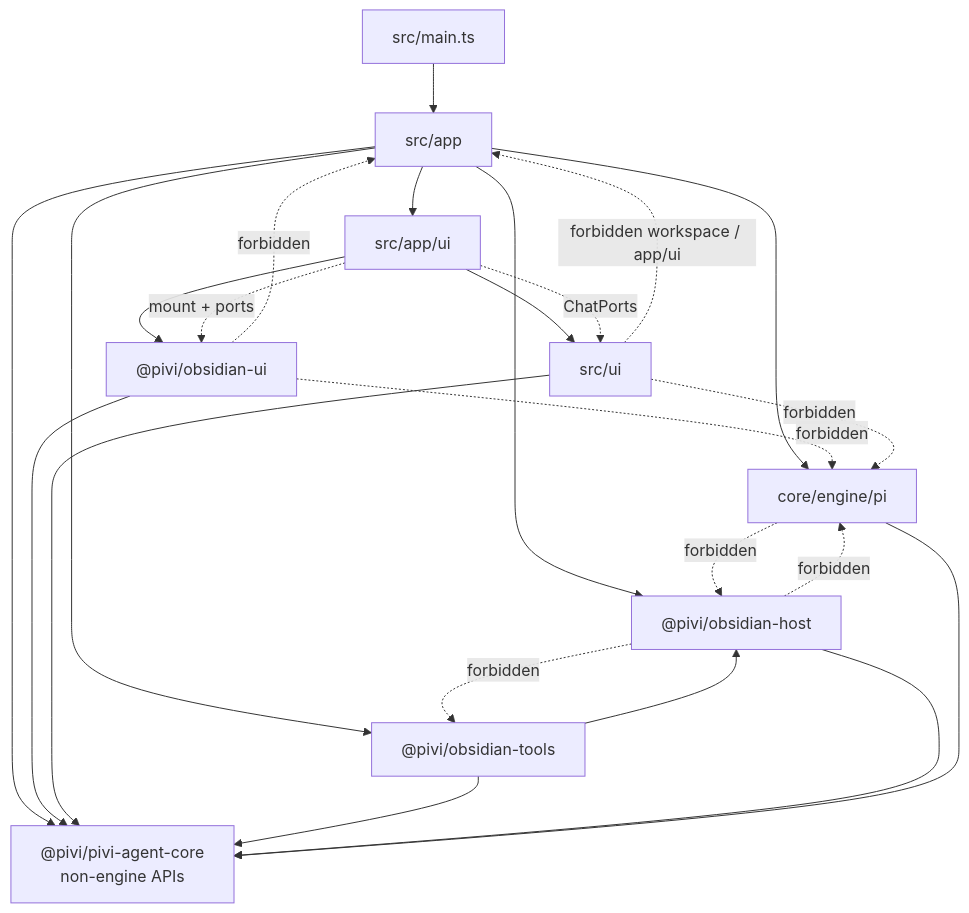
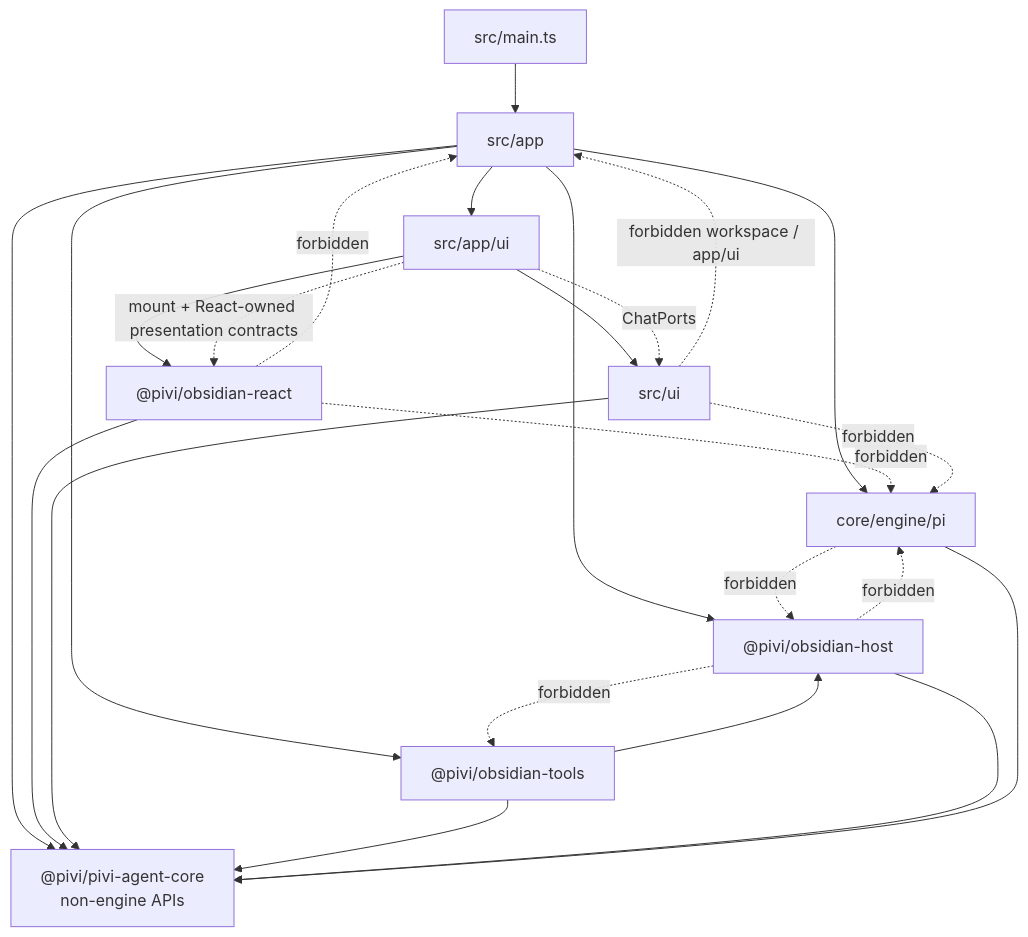
One commit to shuuul/obsidian-pivi changed the fourth of 4 diagrams in AGENTS.md. Above: the diagram before and after it, drawn with Mermaid. The commit also changed other lines of this file and 335 other files, not shown here.

First line of the commit message:
refactor(architecture): enforce package and UI boundaries

````diff
--- a/AGENTS.md
+++ b/AGENTS.md
@@ -204,26 +203,26 @@
 ```mermaid
 flowchart TD
   Main["src/main.ts"] --> App["src/app"]
   App --> AppUI["src/app/ui"]
-  AppUI --> ReactUI["@pivi/obsidian-ui"]
+  AppUI --> ReactUI["@pivi/obsidian-react"]
   AppUI --> ChatUI["src/ui"]
   App --> Host["@pivi/obsidian-host"]
   App --> Tools["@pivi/obsidian-tools"]
   App --> Engine["core/engine/pi"]
   App --> Core["@pivi/pivi-agent-core<br/>non-engine APIs"]
   ReactUI --> Core
   ChatUI --> Core
   Tools --> Host
   Tools --> Core
   Host --> Core
   Engine --> Core
-  AppUI -. "mount + ports" .-> ReactUI
+  AppUI -. "mount + React-owned presentation contracts" .-> ReactUI
   AppUI -. "ChatPorts" .-> ChatUI
   Host -. "forbidden" .-> Engine
   Host -. "forbidden" .-> Tools
   Engine -. "forbidden" .-> Host
   ReactUI -. "forbidden" .-> App
   ReactUI -. "forbidden" .-> Engine
   ChatUI -. "forbidden" .-> Engine
   ChatUI -. "forbidden workspace / app/ui" .-> App
 ```
````
